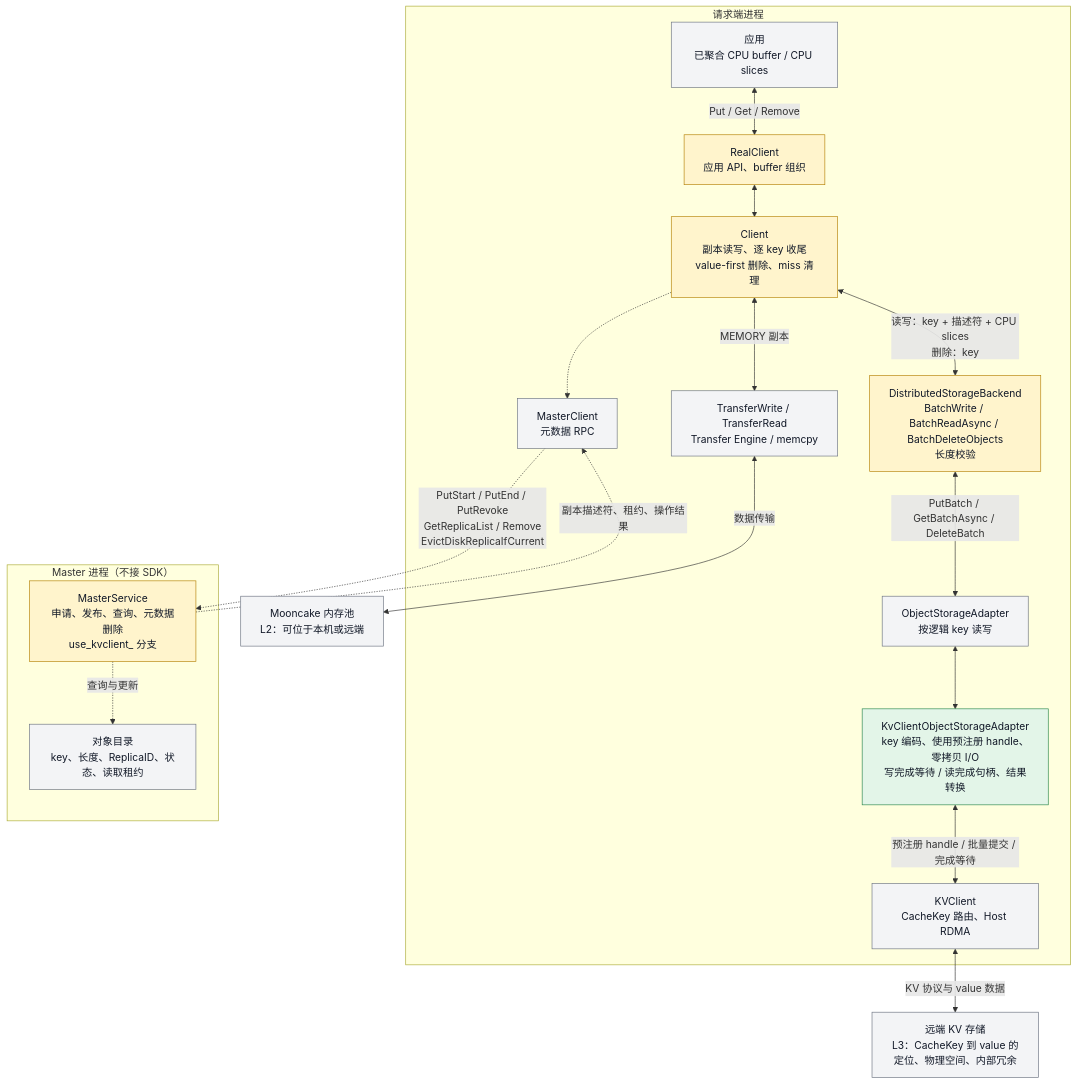
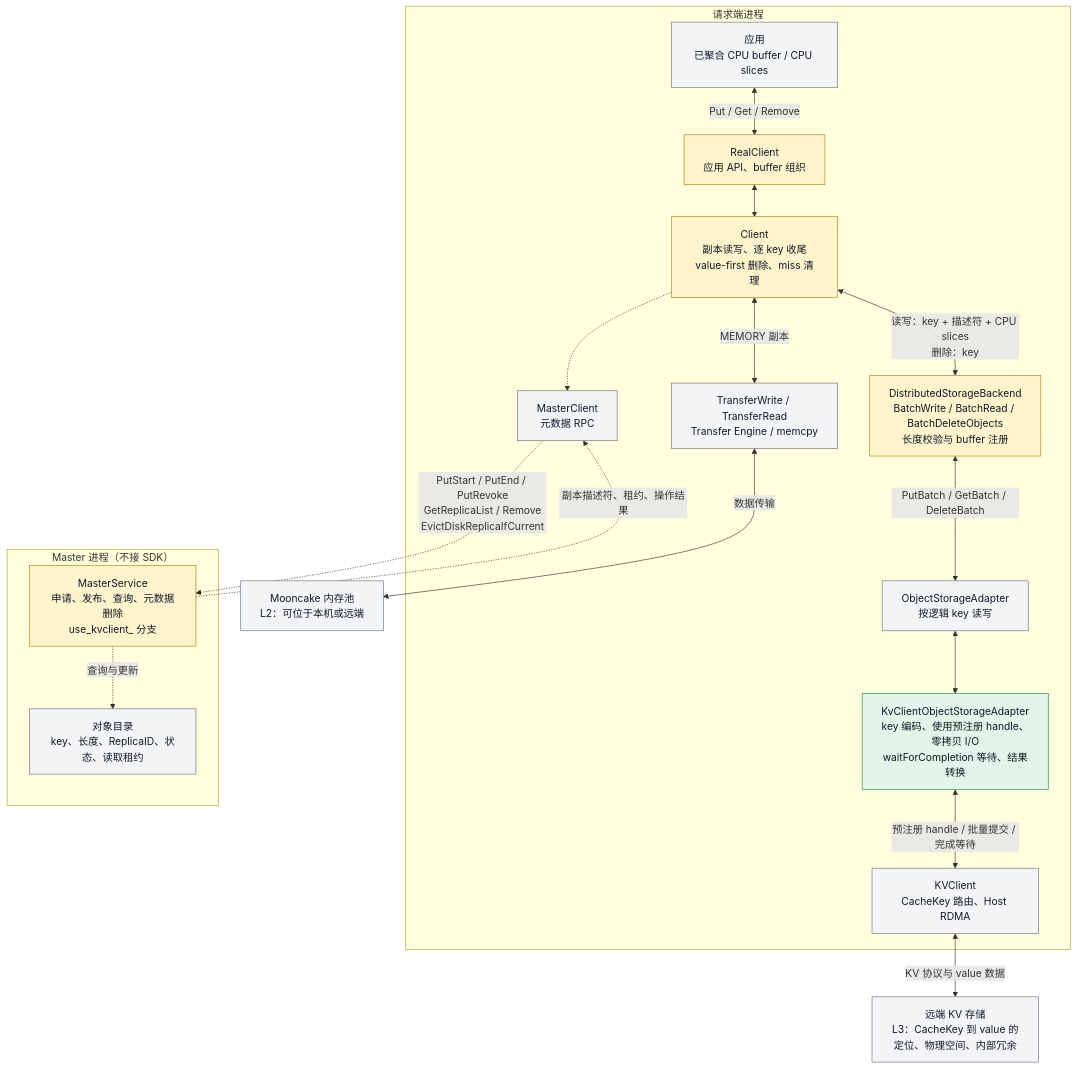
One commit to zwj20000328-dotcom/Mooncake-documents changed the first of 13 diagrams in Mooncake + KVClient L3 接入（Kvcs）- v3.md. Above: the diagram before and after it, drawn with Mermaid. The commit also changed other lines of this file and 2 other files, not shown here.

First line of the commit message:
docs: drop the kvclient read completion class

````diff
--- a/Mooncake + KVClient L3 接入（Kvcs）- v3.md
+++ b/Mooncake + KVClient L3 接入（Kvcs）- v3.md
@@ -71,45 +71,45 @@
 ```mermaid
 flowchart TB
     subgraph Request["请求端进程"]
         A["应用<br/>已聚合 CPU buffer / CPU slices"]
         R["RealClient<br/>应用 API、buffer 组织"]
         C["Client<br/>副本读写、逐 key 收尾<br/>value-first 删除、miss 清理"]
         RPC["MasterClient<br/>元数据 RPC"]
         TE["TransferWrite / TransferRead<br/>Transfer Engine / memcpy"]
-        B["DistributedStorageBackend<br/>BatchWrite / BatchReadAsync / BatchDeleteObjects<br/>长度校验"]
+        B["DistributedStorageBackend<br/>BatchWrite / BatchRead / BatchDeleteObjects<br/>长度校验与 buffer 注册"]
         O["ObjectStorageAdapter<br/>按逻辑 key 读写"]
-        K["KvClientObjectStorageAdapter<br/>key 编码、使用预注册 handle、零拷贝 I/O<br/>写完成等待 / 读完成句柄、结果转换"]
+        K["KvClientObjectStorageAdapter<br/>key 编码、使用预注册 handle、零拷贝 I/O<br/>waitForCompletion 等待、结果转换"]
         SDK["KVClient<br/>CacheKey 路由、Host RDMA"]
 
         A <-->|"Put / Get / Remove"| R
         R <--> C
         C -.-> RPC
         C <-->|"MEMORY 副本"| TE
         C <-->|"读写：key + 描述符 + CPU slices<br/>删除：key"| B
-        B <-->|"PutBatch / GetBatchAsync / DeleteBatch"| O
+        B <-->|"PutBatch / GetBatch / DeleteBatch"| O
         O <--> K
         K <-->|"预注册 handle / 批量提交 / 完成等待"| SDK
     end
 
     subgraph Master["Master 进程（不接 SDK）"]
         M["MasterService<br/>申请、发布、查询、元数据删除<br/>use_kvclient_ 分支"]
         META["对象目录<br/>key、长度、ReplicaID、状态、读取租约"]
 
         M -.->|"查询与更新"| META
     end
 
     RAM["Mooncake 内存池<br/>L2：可位于本机或远端"]
     S["远端 KV 存储<br/>L3：CacheKey 到 value 的定位、物理空间、内部冗余"]
 
     RPC -.->|"PutStart / PutEnd / PutRevoke<br/>GetReplicaList / Remove<br/>EvictDiskReplicaIfCurrent"| M
     M -.->|"副本描述符、租约、操作结果"| RPC
     TE <-->|"数据传输"| RAM
     SDK <-->|"KV 协议与 value 数据"| S
 
     classDef existing fill:#f3f4f6,stroke:#6b7280,color:#111827;
     classDef changed fill:#fff4cc,stroke:#b58105,color:#111827;
     classDef added fill:#e3f5e8,stroke:#28864b,color:#111827;
     class A,RPC,TE,O,META,RAM,S,SDK existing;
     class R,C,B,M changed;
     class K added;
 ```
````
